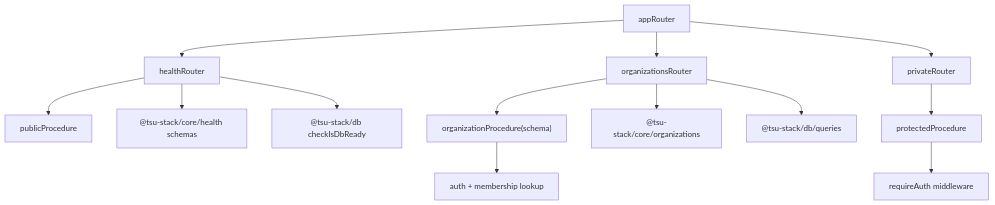
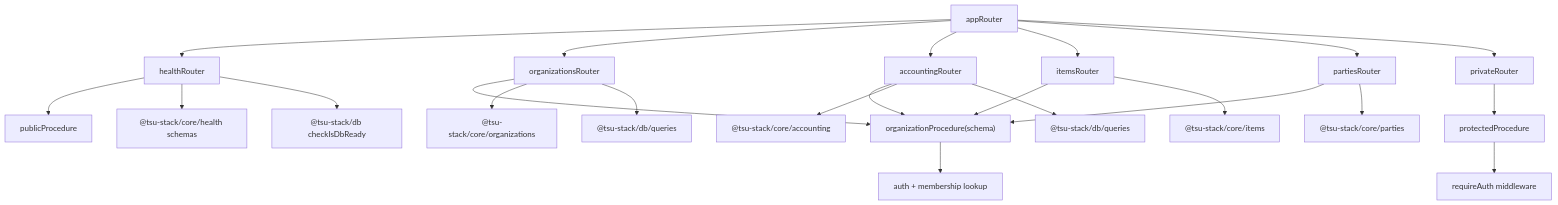
The first of 3 diagrams in packages/api/ARCHITECTURE.md (isherbuilds/edernal-books), drawn with Mermaid before and after one commit. The commit also changed other lines of this file and 44 other files, not shown here.

````diff
--- a/packages/api/ARCHITECTURE.md
+++ b/packages/api/ARCHITECTURE.md
@@ -9,15 +9,25 @@
 ```mermaid
 flowchart TD
   AppRouter["appRouter"] --> Health["healthRouter"]
   AppRouter --> Organizations["organizationsRouter"]
+  AppRouter --> Accounting["accountingRouter"]
+  AppRouter --> Items["itemsRouter"]
+  AppRouter --> Parties["partiesRouter"]
   AppRouter --> Private["privateRouter"]
   Health --> Public["publicProcedure"]
   Private --> Protected["protectedProcedure"]
   Organizations --> OrgProcedure["organizationProcedure(schema)"]
+  Accounting --> OrgProcedure
+  Items --> OrgProcedure
+  Parties --> OrgProcedure
   Protected --> AuthMiddleware["requireAuth middleware"]
   OrgProcedure --> Membership["auth + membership lookup"]
   Health --> HealthCore["@tsu-stack/core/health schemas"]
   Health --> DBReady["@tsu-stack/db checkIsDbReady"]
   Organizations --> OrgCore["@tsu-stack/core/organizations"]
   Organizations --> OrgQueries["@tsu-stack/db/queries"]
+  Accounting --> AccountingCore["@tsu-stack/core/accounting"]
+  Accounting --> DBQueries["@tsu-stack/db/queries"]
+  Items --> ItemCore["@tsu-stack/core/items"]
+  Parties --> PartyCore["@tsu-stack/core/parties"]
 ```
````
